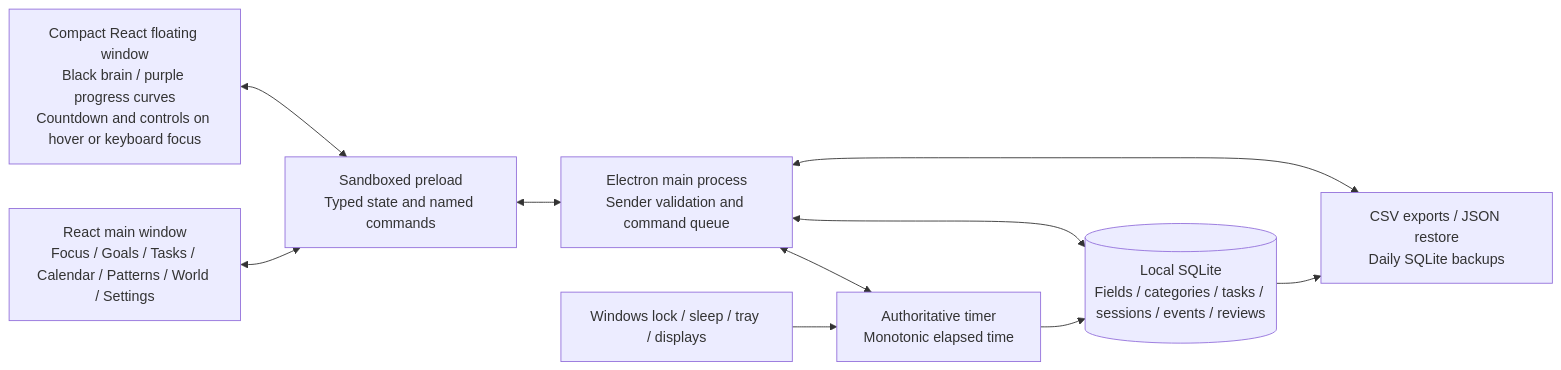
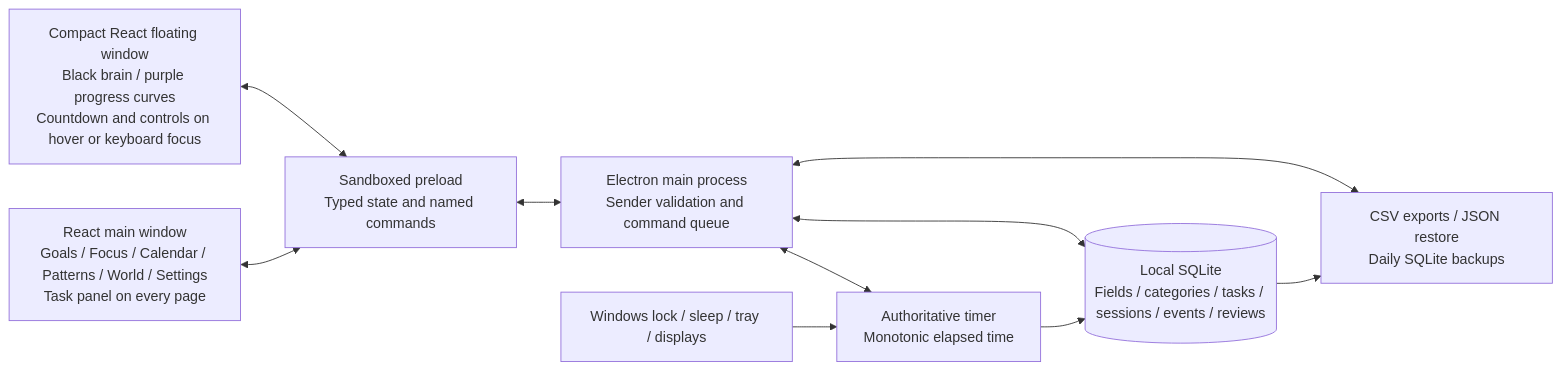
Before and after one commit to lucasprac/focus-guide: the third of 4 diagrams in Docs/ARCHITECTURE.md, drawn with Mermaid. The commit also changed other lines of this file and 26 other files, not shown here.

````diff
--- a/Docs/ARCHITECTURE.md
+++ b/Docs/ARCHITECTURE.md
@@ -307,20 +317,20 @@
 ```mermaid
 flowchart LR
-    MainUI[React main window<br/>Focus / Goals / Tasks / Calendar / Patterns / World / Settings]
+    MainUI[React main window<br/>Goals / Focus / Calendar / Patterns / World / Settings<br/>Task panel on every page]
     FloatUI[Compact React floating window<br/>Black brain / purple progress curves<br/>Countdown and controls on hover or keyboard focus]
     Bridge[Sandboxed preload<br/>Typed state and named commands]
     Queue[Electron main process<br/>Sender validation and command queue]
     Clock[Authoritative timer<br/>Monotonic elapsed time]
     Store[(Local SQLite<br/>Fields / categories / tasks / sessions / events / reviews)]
     System[Windows lock / sleep / tray / displays]
     Files[CSV exports / JSON restore<br/>Daily SQLite backups]
     MainUI <--> Bridge
     FloatUI <--> Bridge
     Bridge <--> Queue
     Queue <--> Clock
     Clock --> Store
     Queue <--> Store
     System --> Clock
     Queue <--> Files
     Store --> Files
 ```
````
